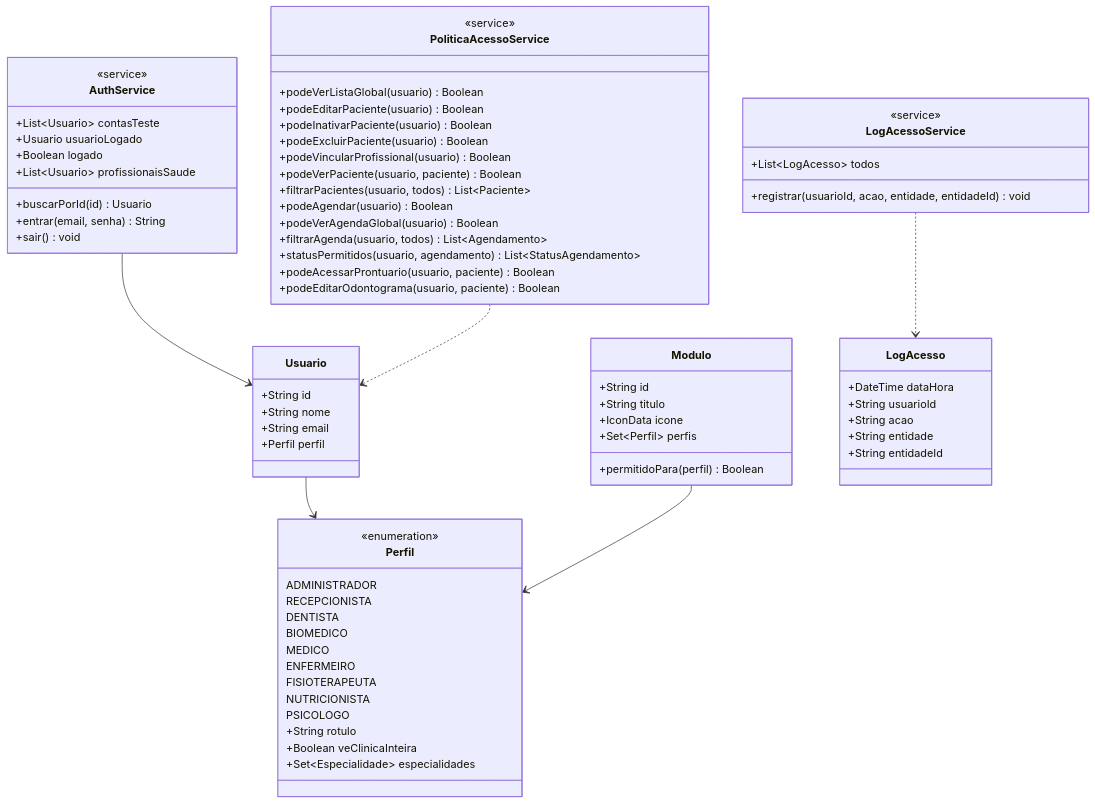
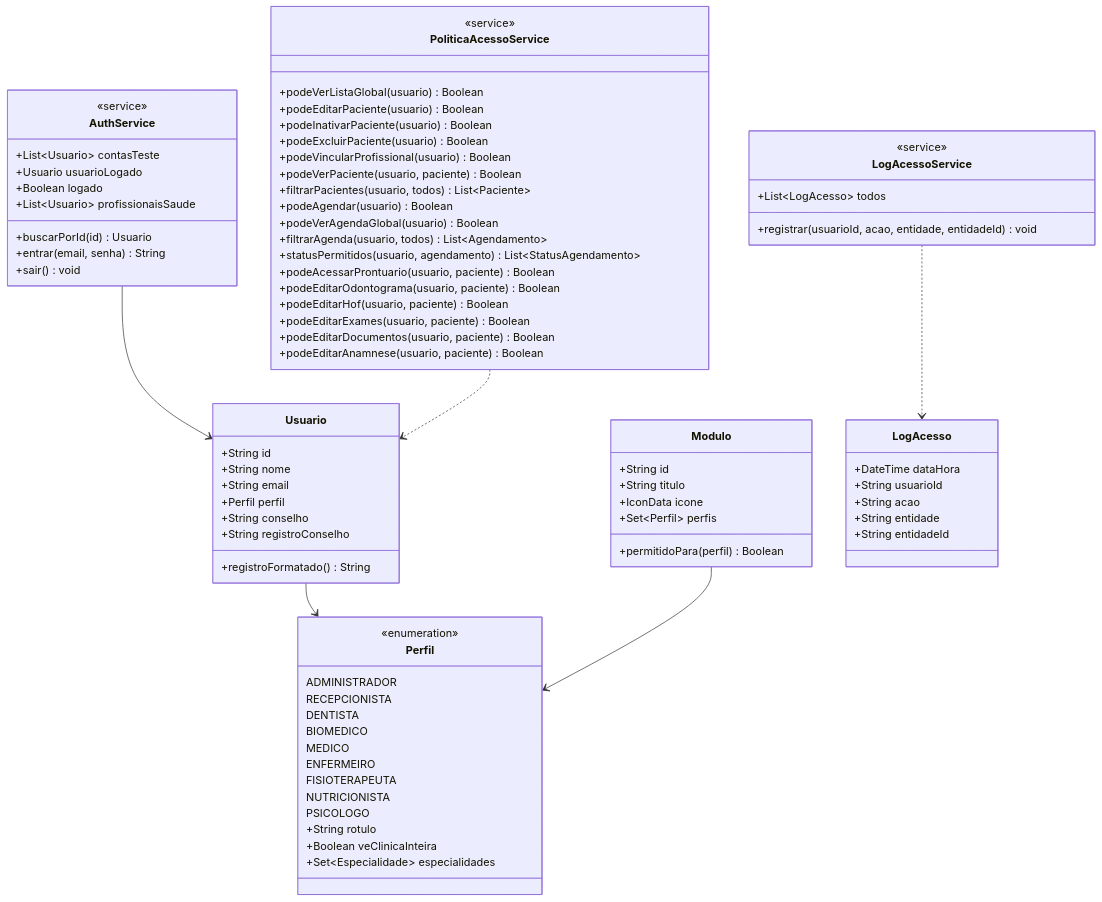
The fourth of 18 diagrams in diagramas_de_classe_sistema_clinico.md (LeandroReisUF/IBN), drawn with Mermaid before and after one commit. The commit also changed other lines of this file and 45 other files, not shown here.

````diff
--- a/diagramas_de_classe_sistema_clinico.md
+++ b/diagramas_de_classe_sistema_clinico.md
@@ -202,75 +209,82 @@
 ```mermaid
 classDiagram
     class Perfil {
         <<enumeration>>
         ADMINISTRADOR
         RECEPCIONISTA
         DENTISTA
         BIOMEDICO
         MEDICO
         ENFERMEIRO
         FISIOTERAPEUTA
         NUTRICIONISTA
         PSICOLOGO
         +String rotulo
         +Boolean veClinicaInteira
         +Set~Especialidade~ especialidades
     }
     class Usuario {
         +String id
         +String nome
         +String email
         +Perfil perfil
+        +String conselho
+        +String registroConselho
+        +registroFormatado() String
     }
     class AuthService {
         <<service>>
         +List~Usuario~ contasTeste
         +Usuario usuarioLogado
         +Boolean logado
         +List~Usuario~ profissionaisSaude
         +buscarPorId(id) Usuario
         +entrar(email, senha) String
         +sair() void
     }
     class Modulo {
         +String id
         +String titulo
         +IconData icone
         +Set~Perfil~ perfis
         +permitidoPara(perfil) Boolean
     }
     class PoliticaAcessoService {
         <<service>>
         +podeVerListaGlobal(usuario) Boolean
         +podeEditarPaciente(usuario) Boolean
         +podeInativarPaciente(usuario) Boolean
         +podeExcluirPaciente(usuario) Boolean
         +podeVincularProfissional(usuario) Boolean
         +podeVerPaciente(usuario, paciente) Boolean
         +filtrarPacientes(usuario, todos) List~Paciente~
         +podeAgendar(usuario) Boolean
         +podeVerAgendaGlobal(usuario) Boolean
         +filtrarAgenda(usuario, todos) List~Agendamento~
         +statusPermitidos(usuario, agendamento) List~StatusAgendamento~
         +podeAcessarProntuario(usuario, paciente) Boolean
         +podeEditarOdontograma(usuario, paciente) Boolean
+        +podeEditarHof(usuario, paciente) Boolean
+        +podeEditarExames(usuario, paciente) Boolean
+        +podeEditarDocumentos(usuario, paciente) Boolean
+        +podeEditarAnamnese(usuario, paciente) Boolean
     }
     class LogAcesso {
         +DateTime dataHora
         +String usuarioId
         +String acao
         +String entidade
         +String entidadeId
     }
     class LogAcessoService {
         <<service>>
         +List~LogAcesso~ todos
         +registrar(usuarioId, acao, entidade, entidadeId) void
     }
 
     Usuario --> Perfil
     AuthService --> Usuario
     Modulo --> Perfil
     PoliticaAcessoService ..> Usuario
     LogAcessoService ..> LogAcesso
 ```
````
